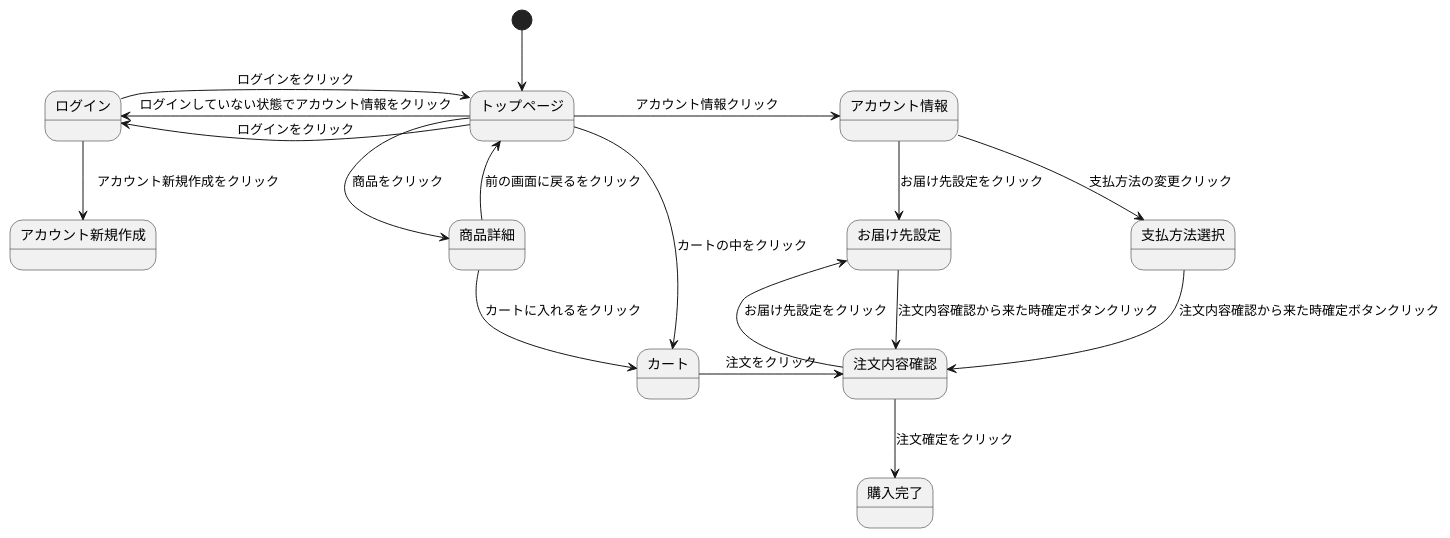
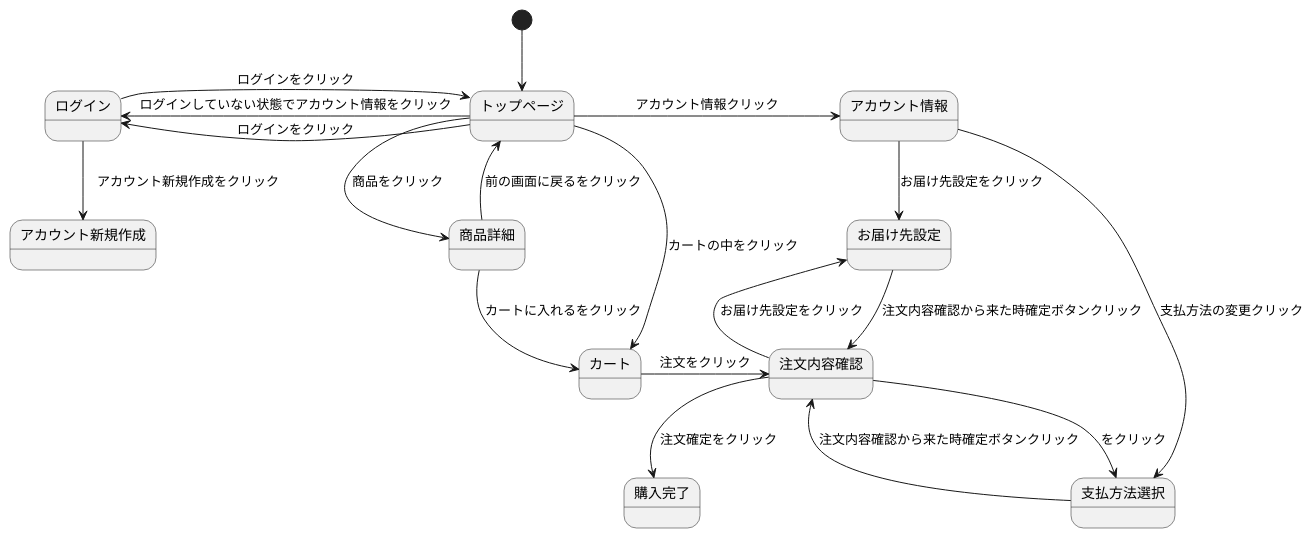
Before and after one commit to Aso2001133/2021sys-design: the diagram in sumple_01.md, drawn with PlantUML.

````diff
--- a/sumple_01.md
+++ b/sumple_01.md
@@ -1,38 +1,39 @@
 ```uml
 @startuml
 [*] --> トップページ 
 
 トップページ -> アカウント情報 : アカウント情報クリック 
 
 トップページ -left-> ログイン : ログインをクリック
 
 トップページ -left-> ログイン : ログインしていない状態でアカウント情報をクリック
 
 トップページ --> 商品詳細 : 商品をクリック 
 
 トップページ ---> カート : カートの中をクリック 
 
 ログイン -> トップページ : ログインをクリック
 
 ログイン --> アカウント新規作成 :　アカウント新規作成をクリック
 
 アカウント情報 --> お届け先設定 : お届け先設定をクリック 
 
 アカウント情報 --> 支払方法選択 : 支払方法の変更クリック
 
 お届け先設定 --> 注文内容確認  : 注文内容確認から来た時確定ボタンクリック
 
 支払方法選択 --> 注文内容確認  : 注文内容確認から来た時確定ボタンクリック
 
 商品詳細 --> カート : カートに入れるをクリック 
 
 商品詳細 --> トップページ : 前の画面に戻るをクリック 
 
 カート -> 注文内容確認 : 注文をクリック 
 
 注文内容確認 --> お届け先設定 : お届け先設定をクリック 
 
+注文内容確認 --> 支払方法選択 : をクリック 
 
 注文内容確認 --> 購入完了 : 注文確定をクリック 
 @enduml
 ```
````
